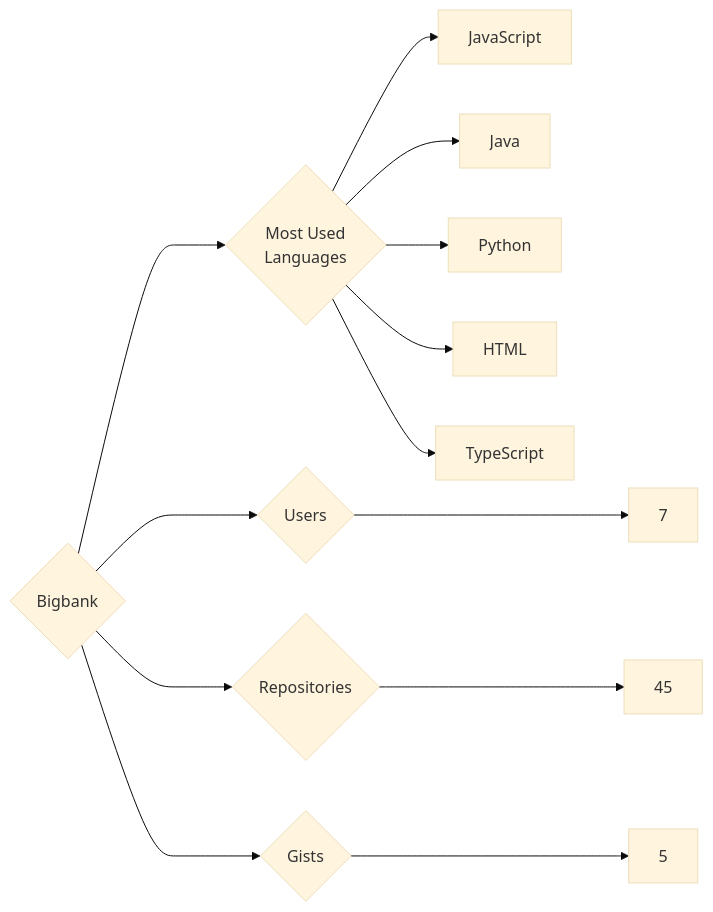
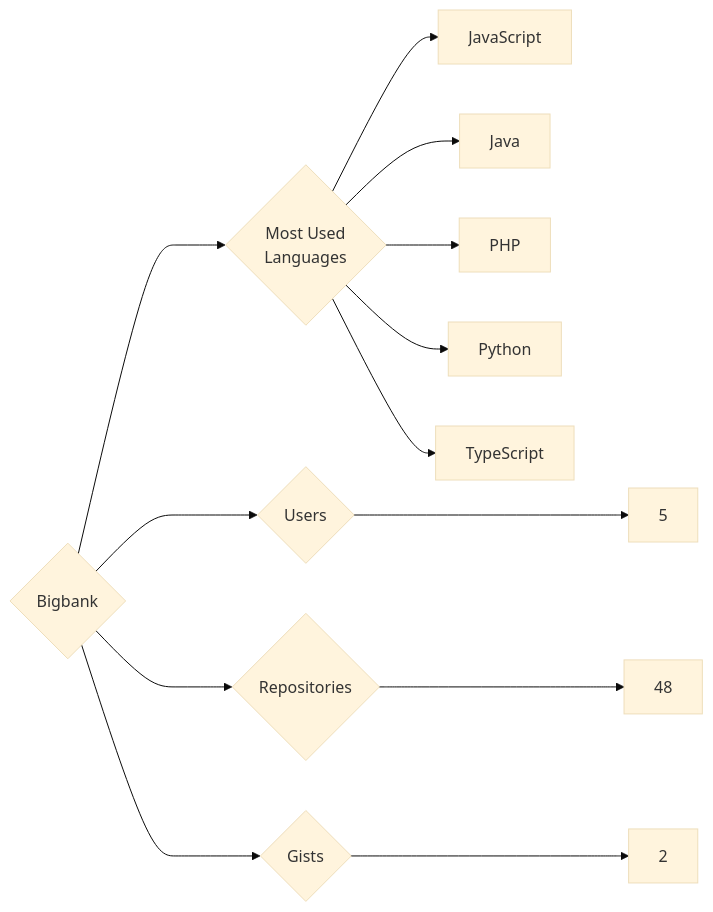
One commit to trickest/insiders changed the diagram in targets/Bigbank/README.md. Above: the diagram before and after it, drawn with Mermaid (base theme). The commit also changed 1141 other files, not shown here.

````diff
--- a/targets/Bigbank/README.md
+++ b/targets/Bigbank/README.md
@@ -3,13 +3,13 @@
 ```mermaid
 graph LR
 COMPANY_NAME{Bigbank}
-COMPANY_NAME ---> U{Users} ---> UN[7]
-COMPANY_NAME ---> R{Repositories} ---> RN[45]
-COMPANY_NAME ---> G{Gists} ---> GN[5]
+COMPANY_NAME ---> U{Users} ---> UN[5]
+COMPANY_NAME ---> R{Repositories} ---> RN[48]
+COMPANY_NAME ---> G{Gists} ---> GN[2]
 COMPANY_NAME ---> ML{Most Used<br>Languages}
 ML --> JavaScript[JavaScript]
 ML --> Java[Java]
+ML --> PHP[PHP]
 ML --> Python[Python]
-ML --> HTML[HTML]
 ML --> TypeScript[TypeScript]
 ```
````
